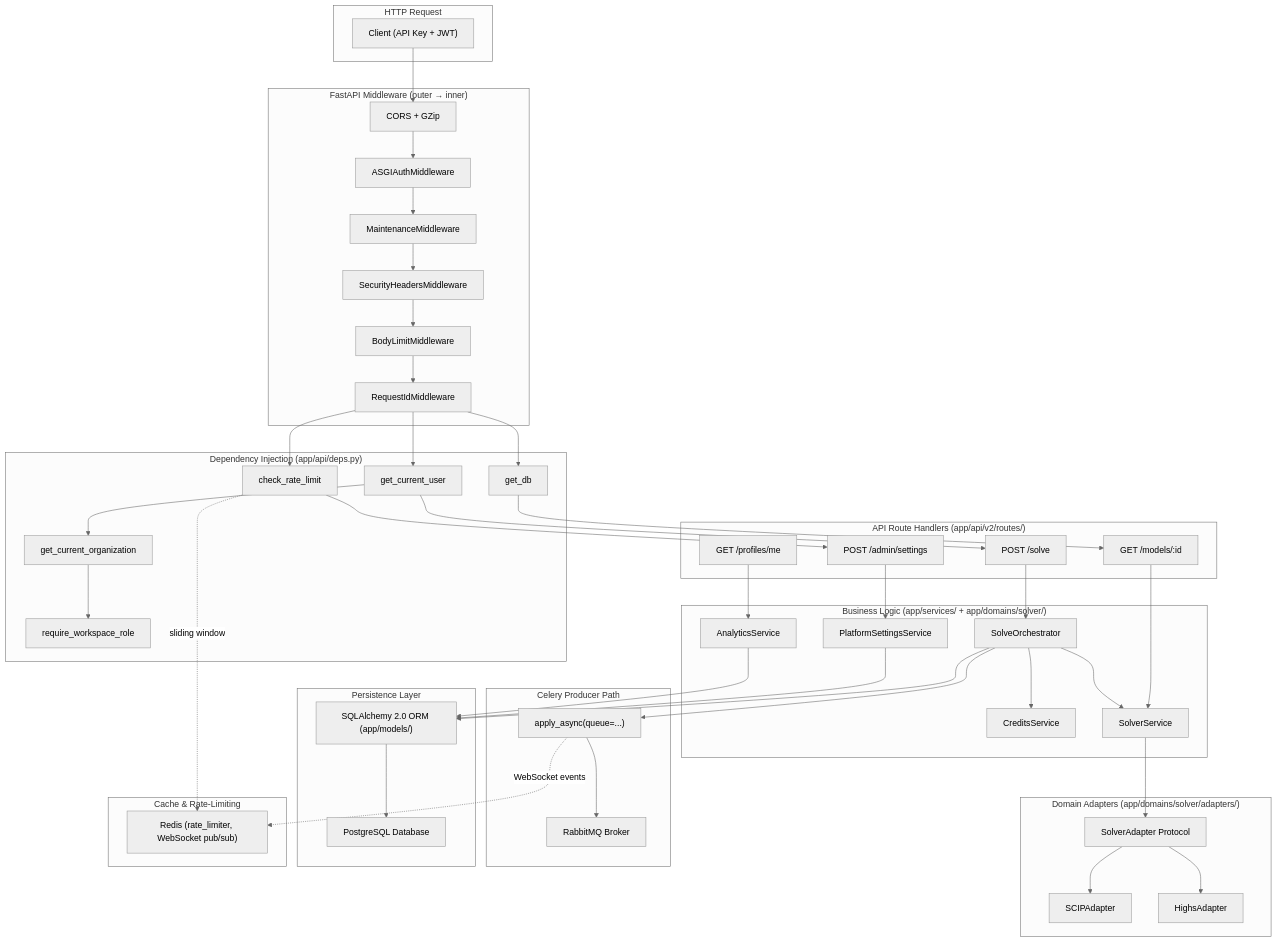
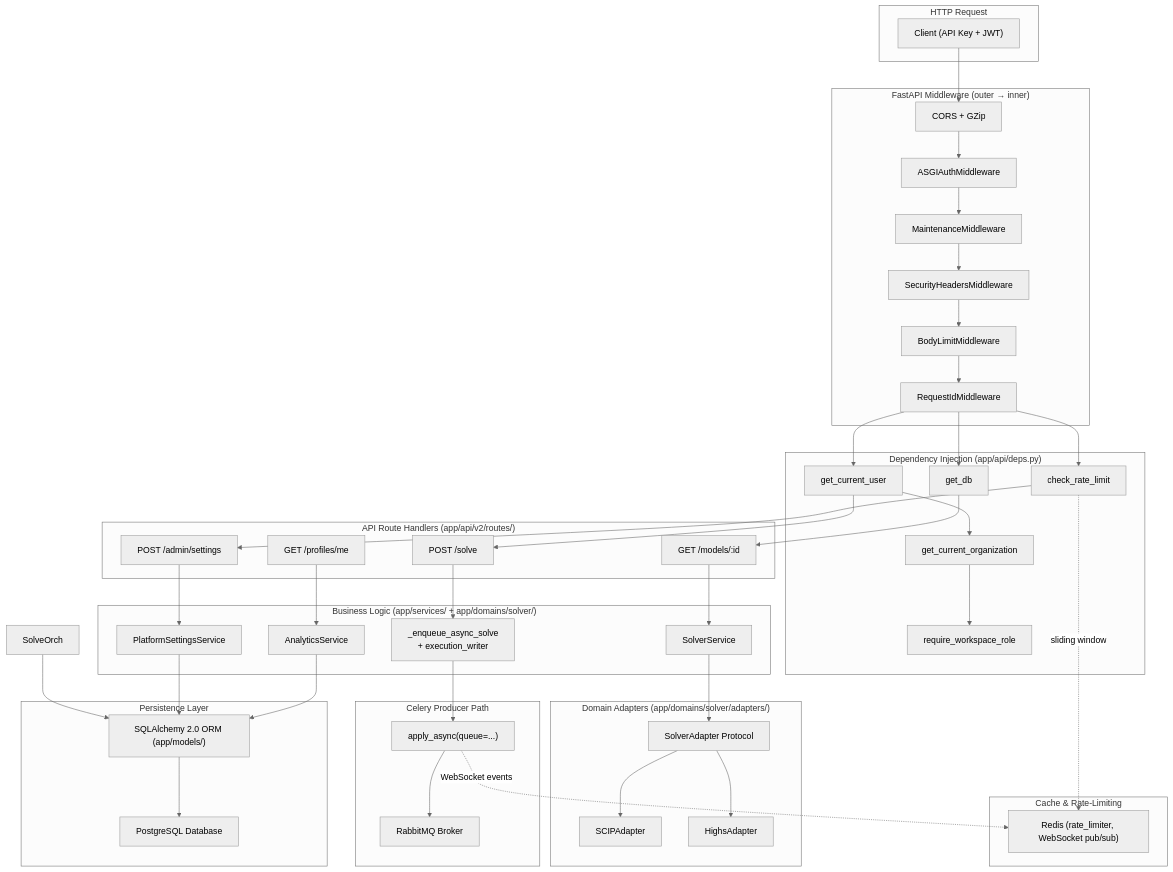
Before and after one commit to avallavall/jaot: the diagram in docs/ARCHITECTURE/02-backend/01-layers.md, drawn with Mermaid (neutral theme). The commit also changed 24 other files, not shown here.

First line of the commit message:
docs(platform): ADR-008 slice 6 — adapt the living architecture docs to the credit-free reality

```diff
--- a/docs/ARCHITECTURE/02-backend/01-layers.md
+++ b/docs/ARCHITECTURE/02-backend/01-layers.md
@@ -35,8 +35,7 @@
     end
 
     subgraph ServiceLayer["Business Logic (app/services/ + app/domains/solver/)"]
-        SolveOrch["SolveOrchestrator"]
-        CreditsService["CreditsService"]
+        SolveEnqueue["_enqueue_async_solve<br/>+ execution_writer"]
         SolverService["SolverService"]
         SettingsService["PlatformSettingsService"]
         Analytics["AnalyticsService"]
@@ -78,18 +77,16 @@
     CurrentUser --> Solve
     DBSession --> Models
     RateLimiter --> Admin
-    Solve --> SolveOrch
+    Solve --> SolveEnqueue
     Models --> SolverService
     Admin --> SettingsService
     Profiles --> Analytics
 
-    SolveOrch --> CreditsService
-    SolveOrch --> SolverService
     SolverService --> Protocol
     Protocol --> SCIP
     Protocol --> Highs
 
-    SolveOrch --> Producer
+    SolveEnqueue --> Producer
     Producer --> RabbitMQ
 
     SolveOrch --> SQLAlchemy
```
